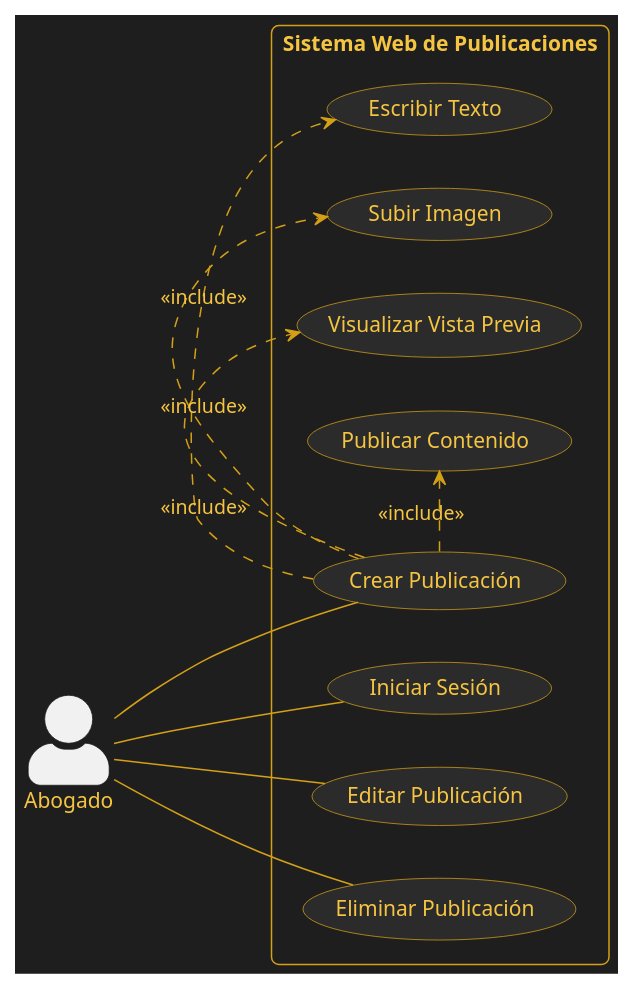
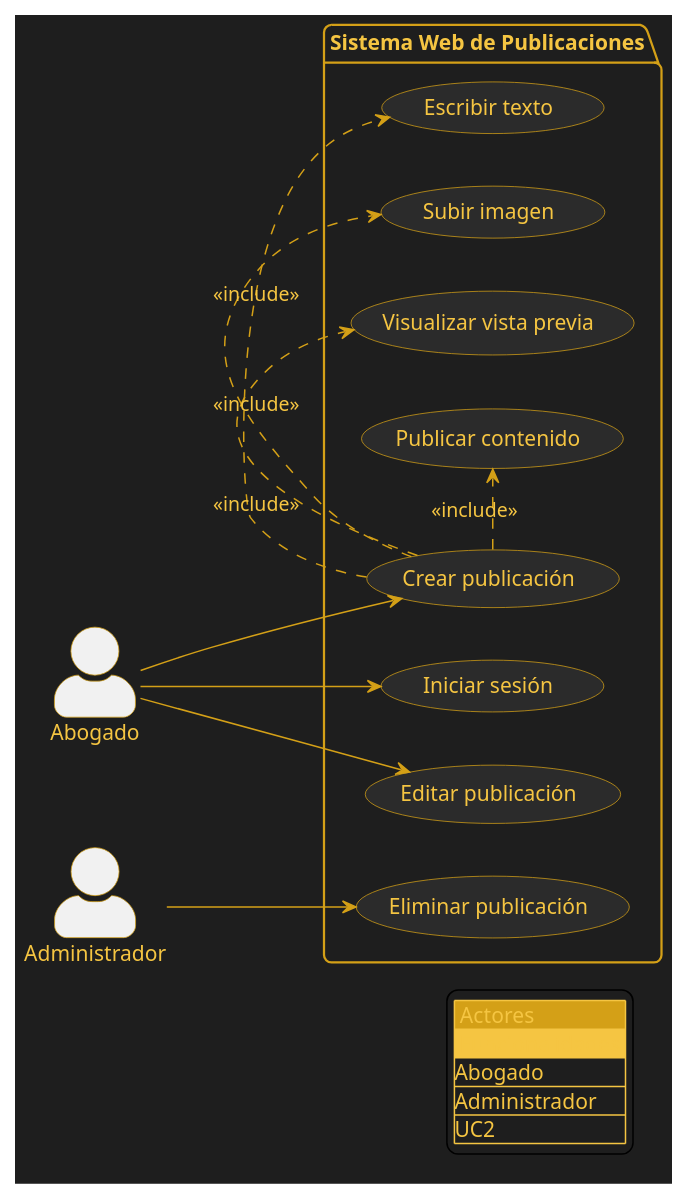
One commit to OscarBuildsBv/SYS_CANDIDATO_DOC changed the diagram in 2-MODELO_UML/Comportamiento/1-Casos_Uso/caso-uso-publicacion.puml. Above: the diagram before and after it, drawn with PlantUML.

Commit message:
arreglo de diseño de CasoUsoPublicacion

```diff
--- a/2-MODELO_UML/Comportamiento/1-Casos_Uso/caso-uso-publicacion.puml
+++ b/2-MODELO_UML/Comportamiento/1-Casos_Uso/caso-uso-publicacion.puml
@@ -1,57 +1,66 @@
 @startuml
 
 skinparam backgroundColor #1E1E1E
 skinparam packageStyle folder
 skinparam shadowing false
 skinparam actorStyle awesome
 
 skinparam package {
     BackgroundColor #1E1E1E
     BorderColor #D4A017
     RoundCorner 10
 }
 
 skinparam usecase {
     BackgroundColor #2B2B2B
     BorderColor #D4A017
     FontColor #F5C542
     ArrowColor #D4A017
 }
 
-skinparam rectangle {
-    BackgroundColor #1E1E1E
+skinparam actor {
+    FontColor #F5C542
     BorderColor #D4A017
-    RoundCorner 10
 }
 
 skinparam ArrowColor #D4A017
 skinparam defaultFontColor #F5C542
 
 left to right direction
 
 actor Abogado
+actor Administrador
 
-rectangle "Sistema Web de Publicaciones" {
+package "Sistema Web de Publicaciones" {
 
-  usecase "Iniciar Sesión" as UC1
-  usecase "Crear Publicación" as UC2
-  usecase "Escribir Texto" as UC3
-  usecase "Subir Imagen" as UC4
-  usecase "Visualizar Vista Previa" as UC5
-  usecase "Publicar Contenido" as UC6
-  usecase "Editar Publicación" as UC7
-  usecase "Eliminar Publicación" as UC8
+  (Iniciar sesión) as UC1
+  (Crear publicación) as UC2
+  (Escribir texto) as UC3
+  (Subir imagen) as UC4
+  (Visualizar vista previa) as UC5
+  (Publicar contenido) as UC6
+  (Editar publicación) as UC7
+  (Eliminar publicación) as UC8
 
 }
 
-Abogado -- UC1
-Abogado -- UC2
-Abogado -- UC7
-Abogado -- UC8
+Abogado --> UC1
+Abogado --> UC2
+Abogado --> UC7
+
+Administrador --> UC8
 
 UC2 .> UC3 : <<include>>
 UC2 .> UC4 : <<include>>
 UC2 .> UC5 : <<include>>
 UC2 .> UC6 : <<include>>
 
+legend right
+  |<#D4A017> Actores |
+  |<#F5C542> Funcionalidades |
+  |Abogado| Crear y gestionar publicaciones |
+  |Administrador| Eliminar publicaciones |
+  |UC2| Incluye texto, imagen, vista previa y publicación |
+endlegend
+
 @enduml
```
